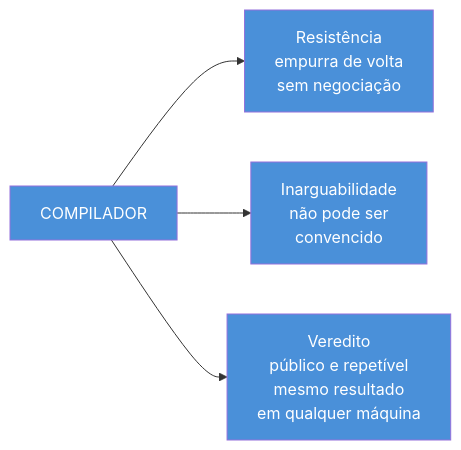
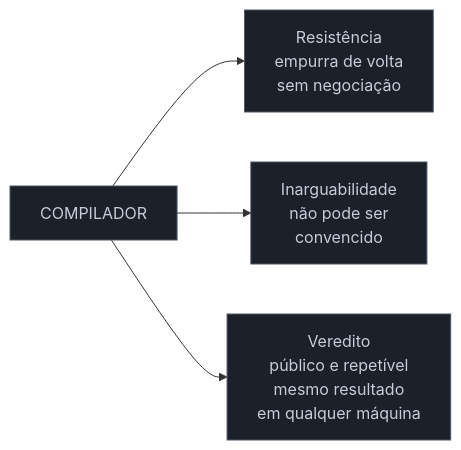
The first of 3 diagrams in 03-Dominios/Tecnologia/IA/Evolução da Engenharia de IA/09 - Loop engineering e o compilador que faltava.md (josenaldo/codex-technomanticus), drawn with Mermaid before and after one commit. The commit also changed other lines of this file and 1181 other files, not shown here.

First line of the commit message:
fix(diagramas): paleta do sistema no lugar de cor cravada no markdown

````diff
--- a/03-Dominios/Tecnologia/IA/Evolução da Engenharia de IA/09 - Loop engineering e o compilador que faltava.md
+++ b/03-Dominios/Tecnologia/IA/Evolução da Engenharia de IA/09 - Loop engineering e o compilador que faltava.md
@@ -55,11 +55,12 @@
 ```mermaid
 flowchart LR
+    classDef neutro fill:#1B2029,stroke:#4E5666,color:#C6CCD8
     C["COMPILADOR"] --> R["Resistência<br/>empurra de volta<br/>sem negociação"]
     C --> I["Inarguabilidade<br/>não pode ser<br/>convencido"]
     C --> V["Veredito<br/>público e repetível<br/>mesmo resultado<br/>em qualquer máquina"]
 
-    style C fill:#4A90D9,color:#fff
-    style R fill:#4A90D9,color:#fff
-    style I fill:#4A90D9,color:#fff
-    style V fill:#4A90D9,color:#fff
+    class C neutro
+    class R neutro
+    class I neutro
+    class V neutro
 ```
````
